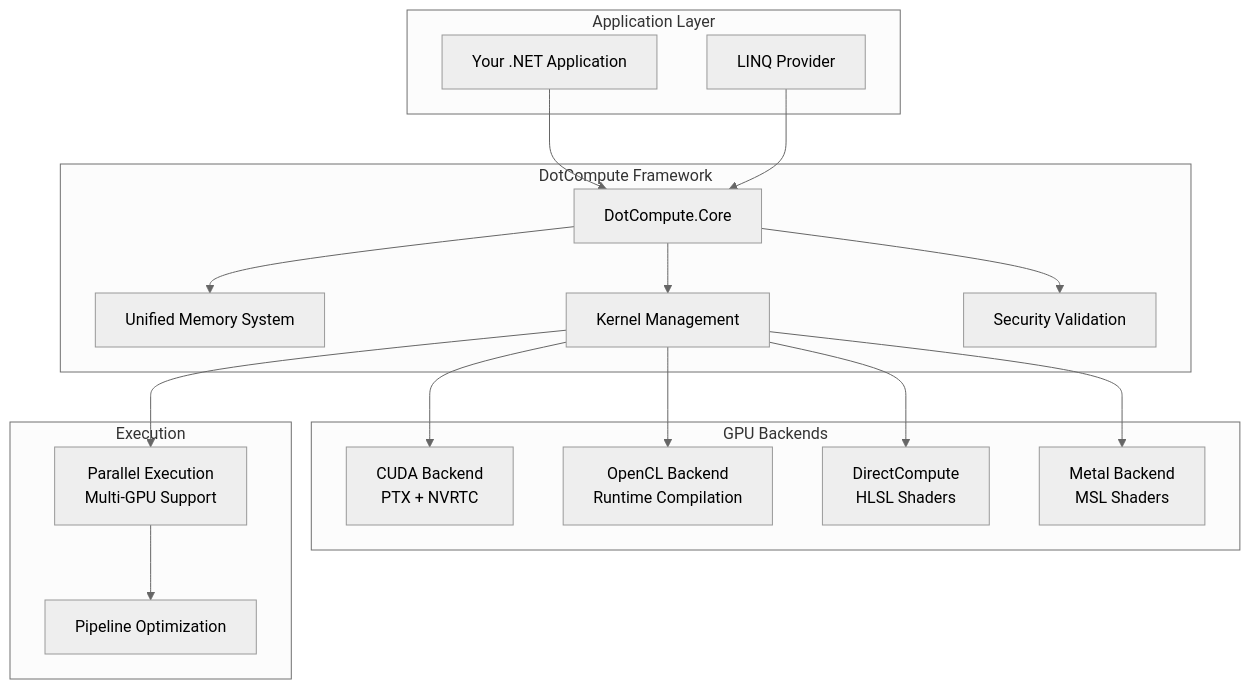
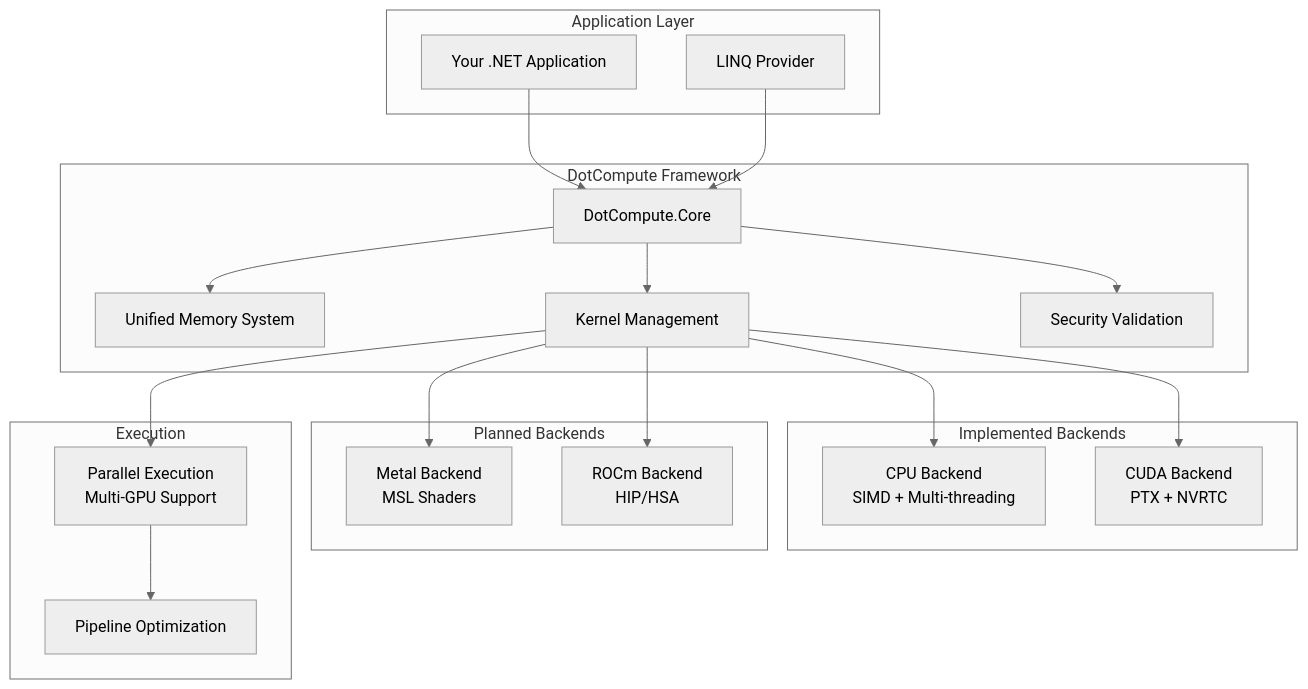
Before and after one commit to mivertowski/DotCompute: the diagram in README.md, drawn with Mermaid (neutral theme). The commit also changed other lines of this file and 1 other file, not shown here.

````diff
--- a/README.md
+++ b/README.md
@@ -102,38 +103,41 @@
 ```mermaid
 graph TB
     subgraph "Application Layer"
         App[Your .NET Application]
         LINQ[LINQ Provider]
     end
     
     subgraph "DotCompute Framework"
         Core[DotCompute.Core]
         Memory[Unified Memory System]
         Kernels[Kernel Management]
         Security[Security Validation]
     end
     
-    subgraph "GPU Backends"
+    subgraph "Implemented Backends"
+        CPU[CPU Backend<br/>SIMD + Multi-threading]
         CUDA[CUDA Backend<br/>PTX + NVRTC]
-        OpenCL[OpenCL Backend<br/>Runtime Compilation]
-        DirectCompute[DirectCompute<br/>HLSL Shaders]
+    end
+    
+    subgraph "Planned Backends"
         Metal[Metal Backend<br/>MSL Shaders]
+        ROCm[ROCm Backend<br/>HIP/HSA]
     end
     
     subgraph "Execution"
         Parallel[Parallel Execution<br/>Multi-GPU Support]
         Pipeline[Pipeline Optimization]
     end
     
     App --> Core
     LINQ --> Core
     Core --> Memory
     Core --> Kernels
     Core --> Security
+    Kernels --> CPU
     Kernels --> CUDA
-    Kernels --> OpenCL
-    Kernels --> DirectCompute
     Kernels --> Metal
+    Kernels --> ROCm
     Kernels --> Parallel
     Parallel --> Pipeline
 ```
````
